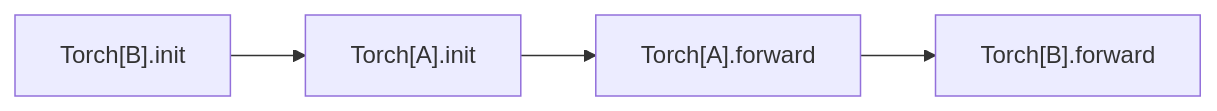
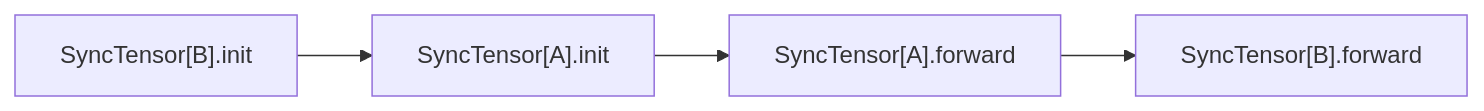
One commit to torchpipe/torchpipe.github.io changed the diagram in docs/backend-reference/torch.mdx. Above: the diagram before and after it, drawn with Mermaid. The commit also changed other lines of this file, not shown here.

````diff
--- a/docs/backend-reference/torch.mdx
+++ b/docs/backend-reference/torch.mdx
@@ -87,6 +87,6 @@
 ```mermaid
 flowchart LR
-  BI["Torch[B].init"] --> AI["Torch[A].init"]
-  AI --> AF["Torch[A].forward"]
-  AF --> BF["Torch[B].forward "]
+  BI["SyncTensor[B].init"] --> AI["SyncTensor[A].init"]
+  AI --> AF["SyncTensor[A].forward"]
+  AF --> BF["SyncTensor[B].forward "]
 ```
````
